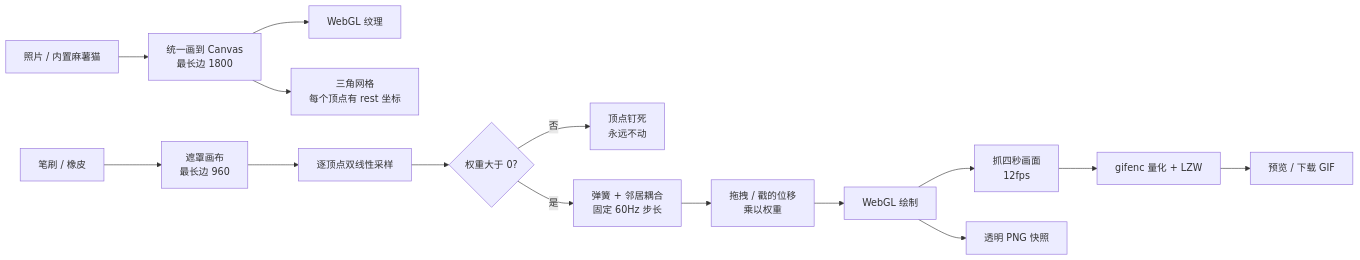
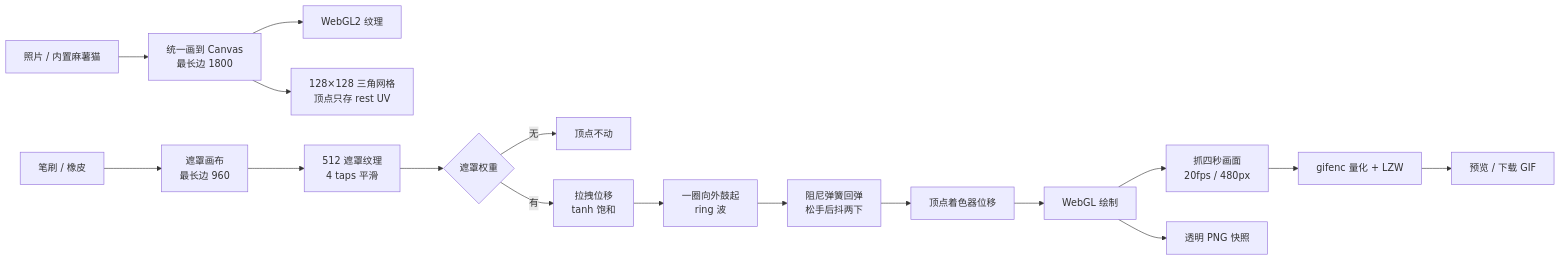
Before and after one commit to HRuiCcc/RuiC-SquishLab: the diagram in README.md, drawn with Mermaid. The commit also changed other lines of this file and 6 other files, not shown here.

````diff
--- a/README.md
+++ b/README.md
@@ -70,17 +70,19 @@
 ```mermaid
 flowchart LR
   A[照片 / 内置麻薯猫] --> B[统一画到 Canvas<br/>最长边 1800]
-  B --> C[WebGL 纹理]
-  B --> D[三角网格<br/>每个顶点有 rest 坐标]
+  B --> C[WebGL2 纹理]
+  B --> D[128×128 三角网格<br/>顶点只存 rest UV]
   E[笔刷 / 橡皮] --> F[遮罩画布<br/>最长边 960]
-  F --> G[逐顶点双线性采样]
-  G --> H{权重大于 0?}
-  H -- 否 --> I[顶点钉死<br/>永远不动]
-  H -- 是 --> J[弹簧 + 邻居耦合<br/>固定 60Hz 步长]
-  J --> K[拖拽 / 戳的位移<br/>乘以权重]
-  K --> L[WebGL 绘制]
-  L --> M[抓四秒画面<br/>12fps]
-  M --> N[gifenc 量化 + LZW]
-  N --> O[预览 / 下载 GIF]
-  L --> P[透明 PNG 快照]
+  F --> G[512 遮罩纹理<br/>4 taps 平滑]
+  G --> H{遮罩权重}
+  H -- 无 --> I[顶点不动]
+  H -- 有 --> J[拉拽位移<br/>tanh 饱和]
+  J --> K[一圈向外鼓起<br/>ring 波]
+  K --> L[阻尼弹簧回弹<br/>松手后抖两下]
+  L --> M[顶点着色器位移]
+  M --> N[WebGL 绘制]
+  N --> O[抓四秒画面<br/>20fps / 480px]
+  O --> P[gifenc 量化 + LZW]
+  P --> Q[预览 / 下载 GIF]
+  N --> R[透明 PNG 快照]
 ```
````
